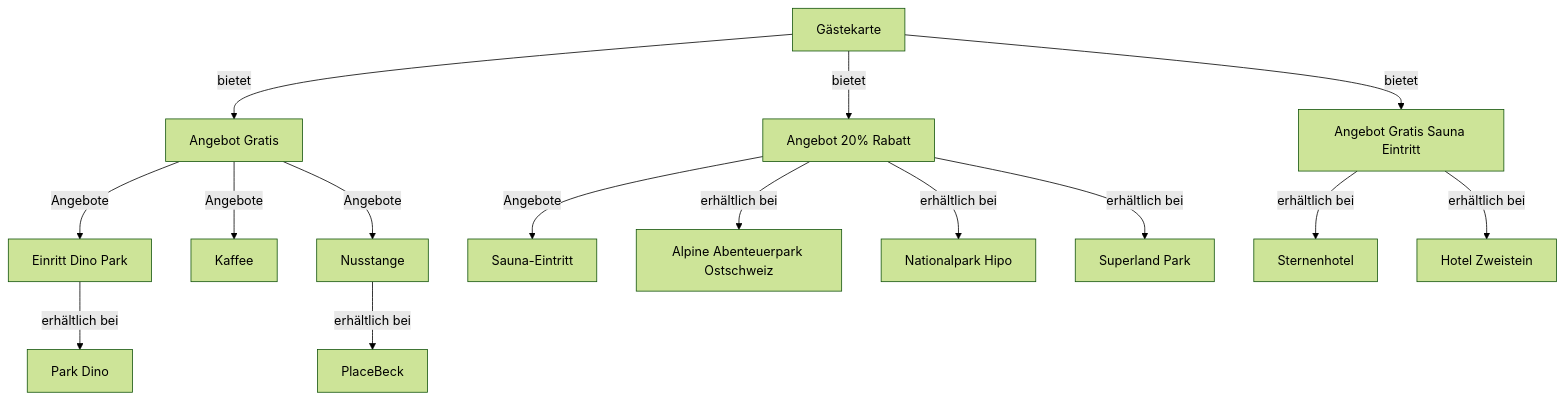
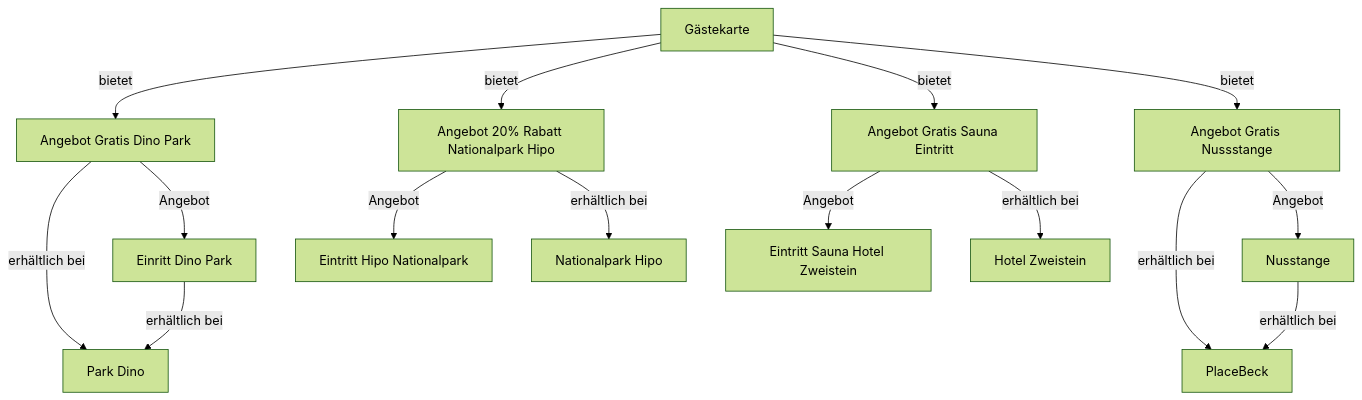
One commit to tsolenthaler/docs.contentdesk.io changed the first of 2 diagrams in docs/concepts/gaestekarte.md. Above: the diagram before and after it, drawn with Mermaid (forest theme). The commit also changed other lines of this file, not shown here.

Commit message:
Refactor gaestekarte.md: Update properties and add warning for specific attributes

````diff
--- a/docs/concepts/gaestekarte.md
+++ b/docs/concepts/gaestekarte.md
@@ -17,23 +17,23 @@
 ``` mermaid
 graph TD
-    GuestCard[Gästekarte] -->|bietet| OfferGratis[Angebot Gratis]
-    GuestCard -->|bietet| Offer20Rabatt[Angebot 20% Rabatt]
+    GuestCard[Gästekarte] -->|bietet| OfferGratisDino[Angebot Gratis Dino Park]
+    GuestCard -->|bietet| Offer20RabattHipo[Angebot 20% Rabatt Nationalpark Hipo]
     GuestCard -->|bietet| OfferSauna[Angebot Gratis Sauna Eintritt]
+    GuestCard -->|bietet| OfferNusstange[Angebot Gratis Nussstange]
 
-    OfferGratis -->|Angebote| OfferDinoPark["Einritt Dino Park"]
-    OfferGratis -->|Angebote| ProductKaffee["Kaffee"]
-    OfferGratis -->|Angebote| ProductNusstange["Nusstange"]
+    OfferGratisDino -->|Angebot| OfferDinoPark["Einritt Dino Park"]
+    OfferGratisDino -->|erhältlich bei| PlaceDinoPark
 
     OfferDinoPark -->|erhältlich bei| PlaceDinoPark[Park Dino]
 
-    ProductNusstange -->|erhältlich bei|PlaceBeck
+    OfferNusstange --> |Angebot| ProductNusstange[Nusstange]
+    OfferNusstange --> |erhältlich bei| PlaceBeck
+    ProductNusstange --> |erhältlich bei| PlaceBeck
 
-    Offer20Rabatt -->|Angebote| ServiceB["Sauna-Eintritt"]
+    Offer20RabattHipo --> |Angebot| ProductHipo[Eintritt Hipo Nationalpark]
+    Offer20RabattHipo --> |erhältlich bei| PlaceHipo[Nationalpark Hipo]
 
-    Offer20Rabatt -->|erhältlich bei| PlaceOstPark[Alpine Abenteuerpark Ostschweiz]
-    Offer20Rabatt -->|erhältlich bei| PlaceHipo[Nationalpark Hipo]
-    Offer20Rabatt -->|erhältlich bei| PlaceSuperland[Superland Park]
+    OfferSauna --> |Angebot| ProductSauna[Eintritt Sauna Hotel Zweistein]
+    OfferSauna --> |erhältlich bei| PlaceHotel[Hotel Zweistein]
 
-    OfferSauna -->|erhältlich bei| PlaceHotelC[Sternenhotel]
-    OfferSauna -->|erhältlich bei| PlaceHotelB[Hotel Zweistein]
 ```
````
